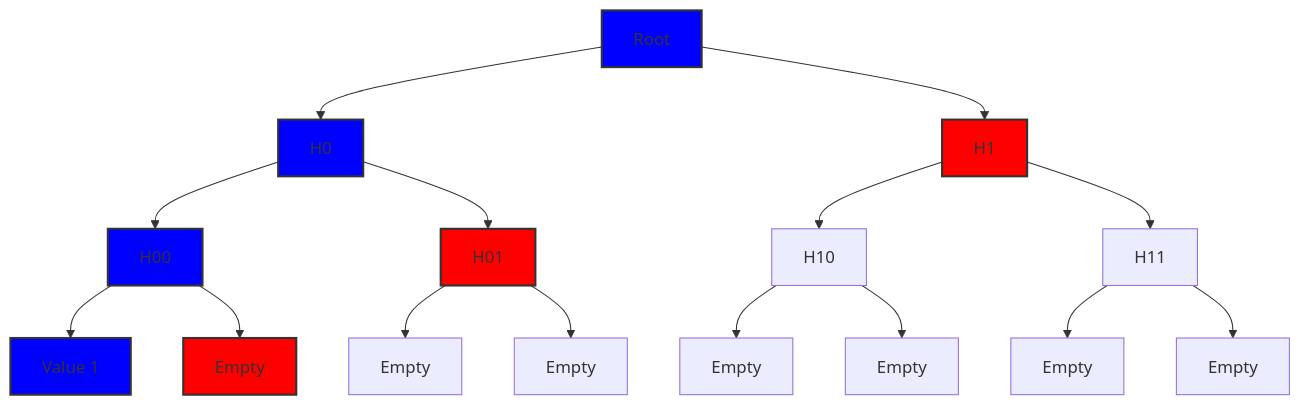
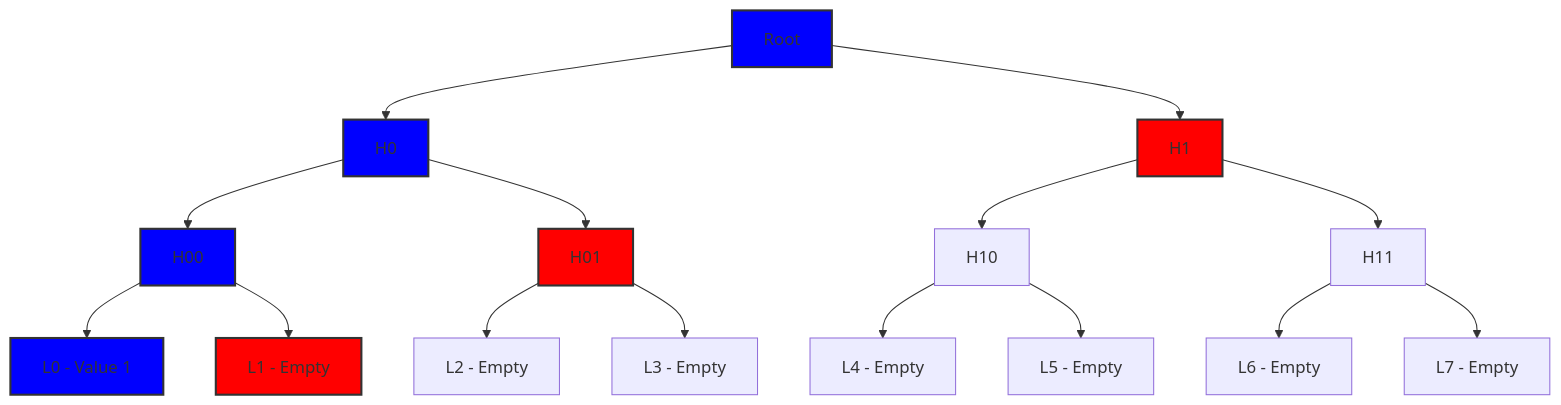
Before and after one commit to rem1niscence/canopy: the fifth of 9 diagrams in store/README.md, drawn with Mermaid. The commit also changed other lines of this file, not shown here.

````diff
--- a/store/README.md
+++ b/store/README.md
@@ -274,22 +281,22 @@
 ```mermaid
 graph TD
     Root --> H0
     Root --> H1
     H0 --> H00
     H0 --> H01
     H1 --> H10
     H1 --> H11
-    H00 --> L0[Value 1]
-    H00 --> L1[Empty]
-    H01 --> L2[Empty]
-    H01 --> L3[Empty]
-    H10 --> L4[Empty]
-    H10 --> L5[Empty]
-    H11 --> L6[Empty]
-    H11 --> L7[Empty]
+    H00 --> L0[L0 - Value 1]
+    H00 --> L1[L1 - Empty]
+    H01 --> L2[L2 - Empty]
+    H01 --> L3[L3 - Empty]
+    H10 --> L4[L4 - Empty]
+    H10 --> L5[L5 - Empty]
+    H11 --> L6[L6 - Empty]
+    H11 --> L7[L7 - Empty]
 
     classDef highlight fill:#0000ff,stroke:#333,stroke-width:2px;
     class Root,H0,H00,L0 highlight;
     classDef highlightSiblings fill:#ff0000,stroke:#333,stroke-width:2px;
     class H01,H1,L1 highlightSiblings;
 ```
````
